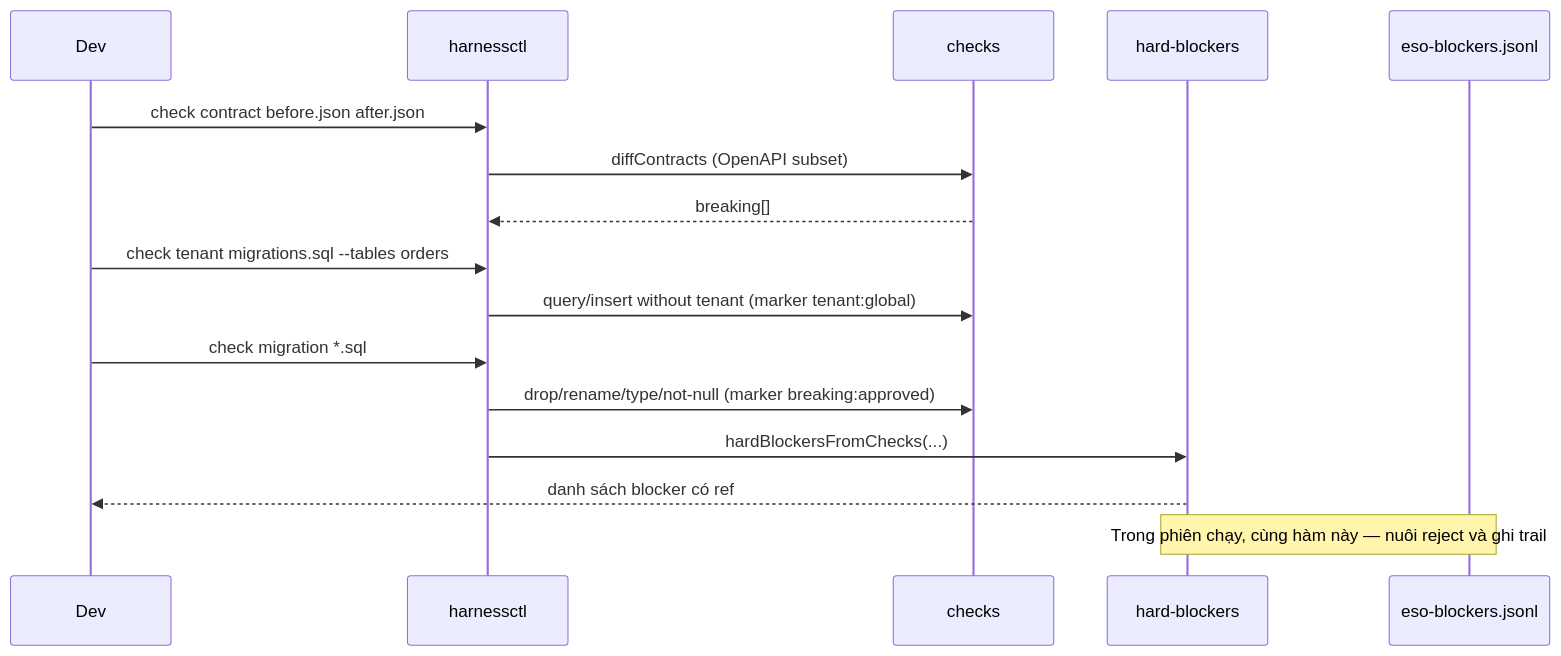
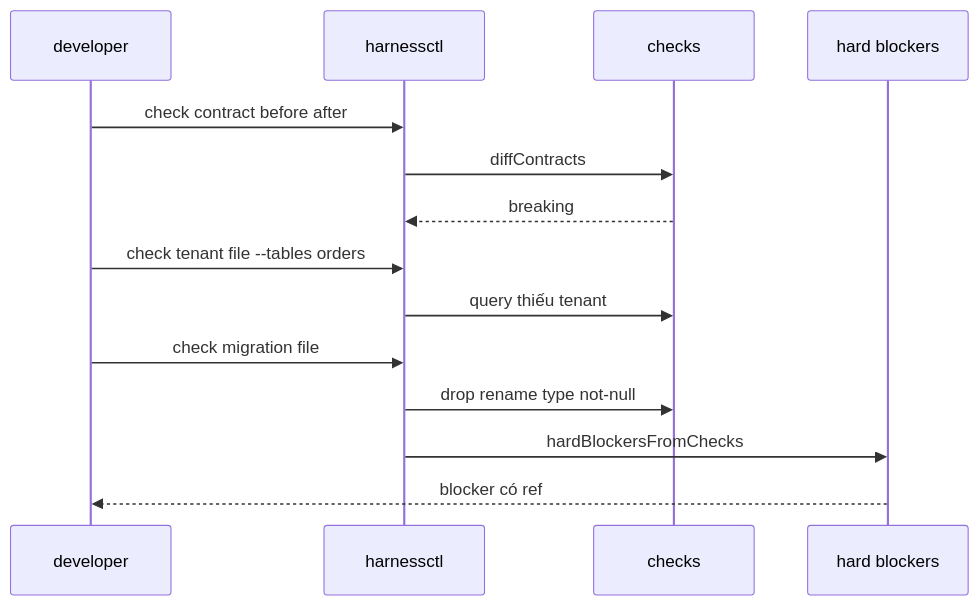
One commit to thangs2/harness-eso changed the seventh of 8 diagrams in documents/07.how-it-works/02.workflows.md. Above: the diagram before and after it, drawn with Mermaid. The commit also changed other lines of this file and 10 other files, not shown here.

First line of the commit message:
docs: redraw the how-it-works pack under one mermaid standard

````diff
--- a/documents/07.how-it-works/02.workflows.md
+++ b/documents/07.how-it-works/02.workflows.md
@@ -141,18 +165,18 @@
 ```mermaid
 sequenceDiagram
-  participant Dev
-  participant CLI as harnessctl
-  participant Chk as checks
-  participant Gate as hard-blockers
-  participant Trail as eso-blockers.jsonl
-  Dev->>CLI: check contract before.json after.json
-  CLI->>Chk: diffContracts (OpenAPI subset)
-  Chk-->>CLI: breaking[]
-  Dev->>CLI: check tenant migrations.sql --tables orders
-  CLI->>Chk: query/insert without tenant (marker tenant:global)
-  Dev->>CLI: check migration *.sql
-  CLI->>Chk: drop/rename/type/not-null (marker breaking:approved)
-  CLI->>Gate: hardBlockersFromChecks(...)
-  Gate-->>Dev: danh sách blocker có ref
-  Note over Gate,Trail: Trong phiên chạy, cùng hàm này — nuôi reject và ghi trail
+    participant Dev as developer
+    participant CLI as harnessctl
+    participant Chk as checks
+    participant Gate as hard blockers
+
+    Dev->>CLI: check contract before after
+    CLI->>Chk: diffContracts
+    Chk-->>CLI: breaking
+    Dev->>CLI: check tenant file --tables orders
+    CLI->>Chk: query thiếu tenant
+    Dev->>CLI: check migration file
+    CLI->>Chk: drop rename type not-null
+    CLI->>Gate: hardBlockersFromChecks
+    Gate-->>Dev: blocker có ref
+
 ```
````
